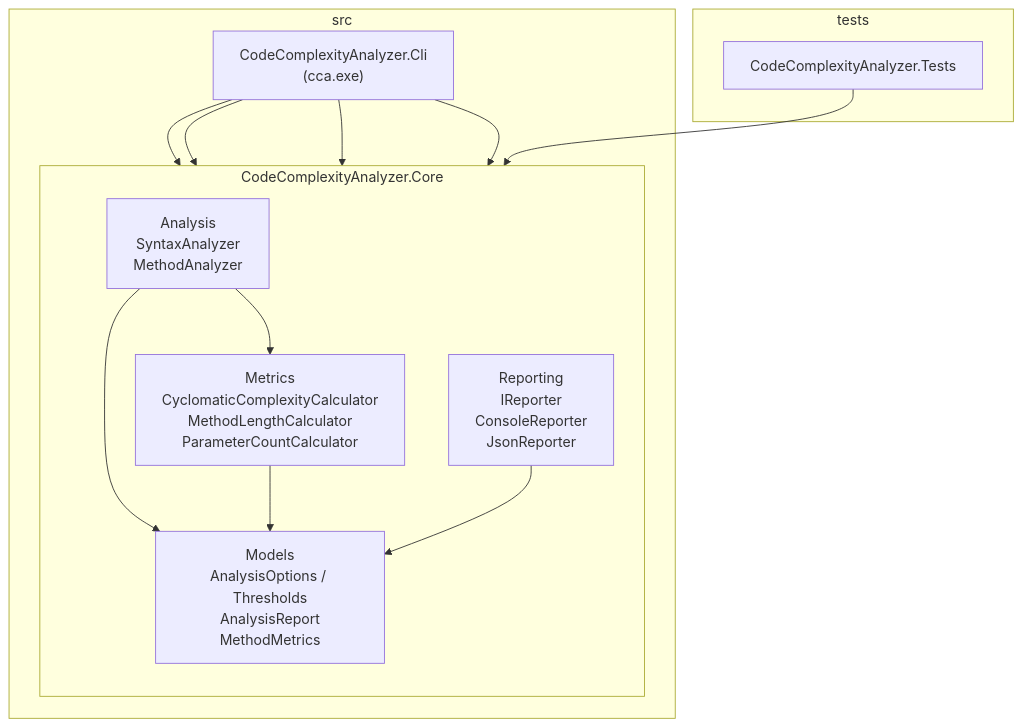
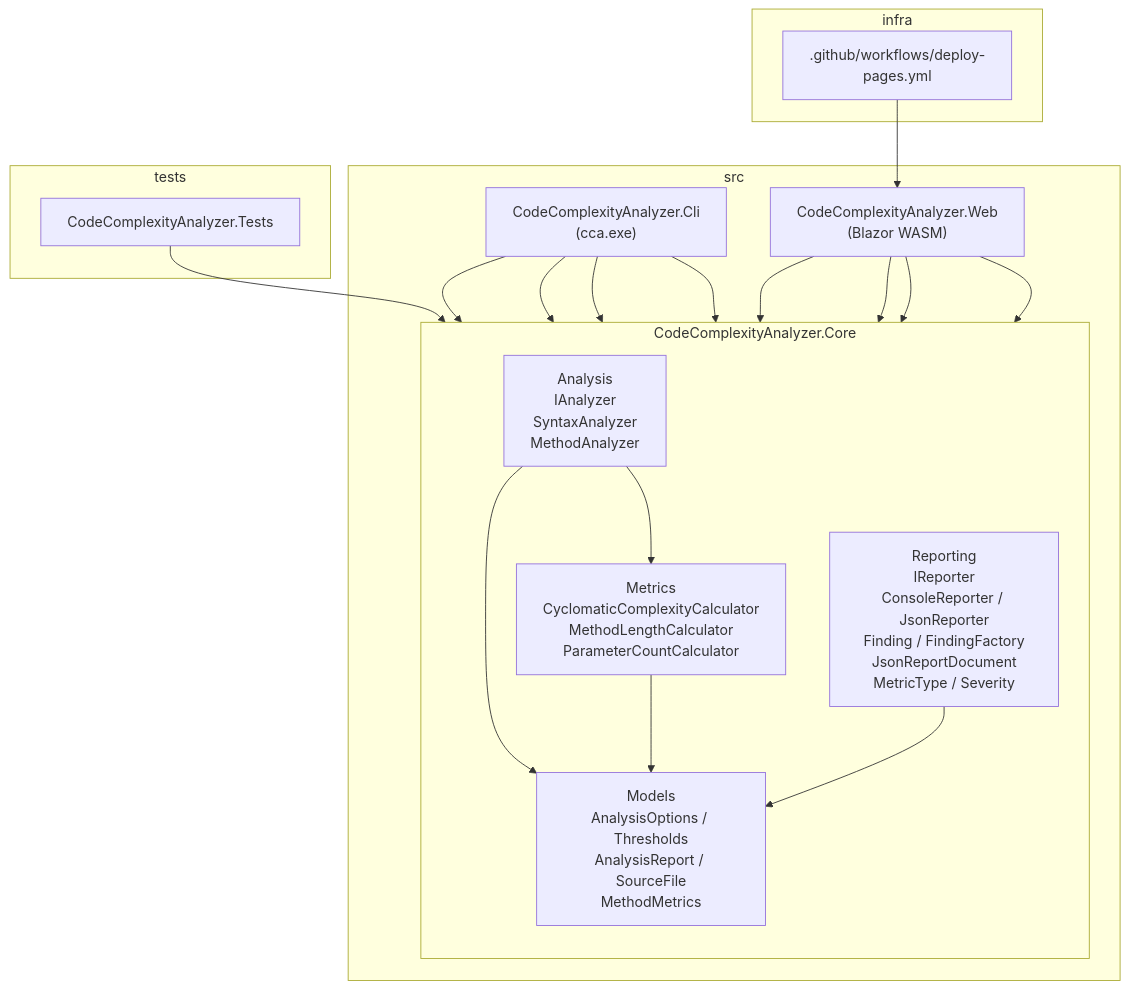
One commit to Abubakr0904/CodeComplexityAnalyzer changed the first of 3 diagrams in docs/CODEBASE_MAP.md. Above: the diagram before and after it, drawn with Mermaid. The commit also changed other lines of this file and 1 other file, not shown here.

````diff
--- a/docs/CODEBASE_MAP.md
+++ b/docs/CODEBASE_MAP.md
@@ -17,28 +17,39 @@
 ```mermaid
 graph TB
     subgraph src
         CLI["CodeComplexityAnalyzer.Cli<br/>(cca.exe)"]
+        Web["CodeComplexityAnalyzer.Web<br/>(Blazor WASM)"]
         subgraph Core["CodeComplexityAnalyzer.Core"]
             direction TB
-            Analysis["Analysis<br/>SyntaxAnalyzer<br/>MethodAnalyzer"]
+            Analysis["Analysis<br/>IAnalyzer<br/>SyntaxAnalyzer<br/>MethodAnalyzer"]
             Metrics["Metrics<br/>CyclomaticComplexityCalculator<br/>MethodLengthCalculator<br/>ParameterCountCalculator"]
-            Models["Models<br/>AnalysisOptions / Thresholds<br/>AnalysisReport<br/>MethodMetrics"]
-            Reporting["Reporting<br/>IReporter<br/>ConsoleReporter<br/>JsonReporter"]
+            Models["Models<br/>AnalysisOptions / Thresholds<br/>AnalysisReport / SourceFile<br/>MethodMetrics"]
+            Reporting["Reporting<br/>IReporter<br/>ConsoleReporter / JsonReporter<br/>Finding / FindingFactory<br/>JsonReportDocument<br/>MetricType / Severity"]
         end
     end
     subgraph tests
         Tests["CodeComplexityAnalyzer.Tests"]
     end
+    subgraph infra
+        GHPages[".github/workflows/deploy-pages.yml"]
+    end
 
     CLI --> Core
+    Web --> Core
     Tests --> Core
 
     CLI --> Analysis
     CLI --> Models
     CLI --> Reporting
 
+    Web --> Analysis
+    Web --> Models
+    Web --> Reporting
+
     Analysis --> Metrics
     Analysis --> Models
     Metrics --> Models
     Reporting --> Models
+
+    GHPages --> Web
 ```
````
